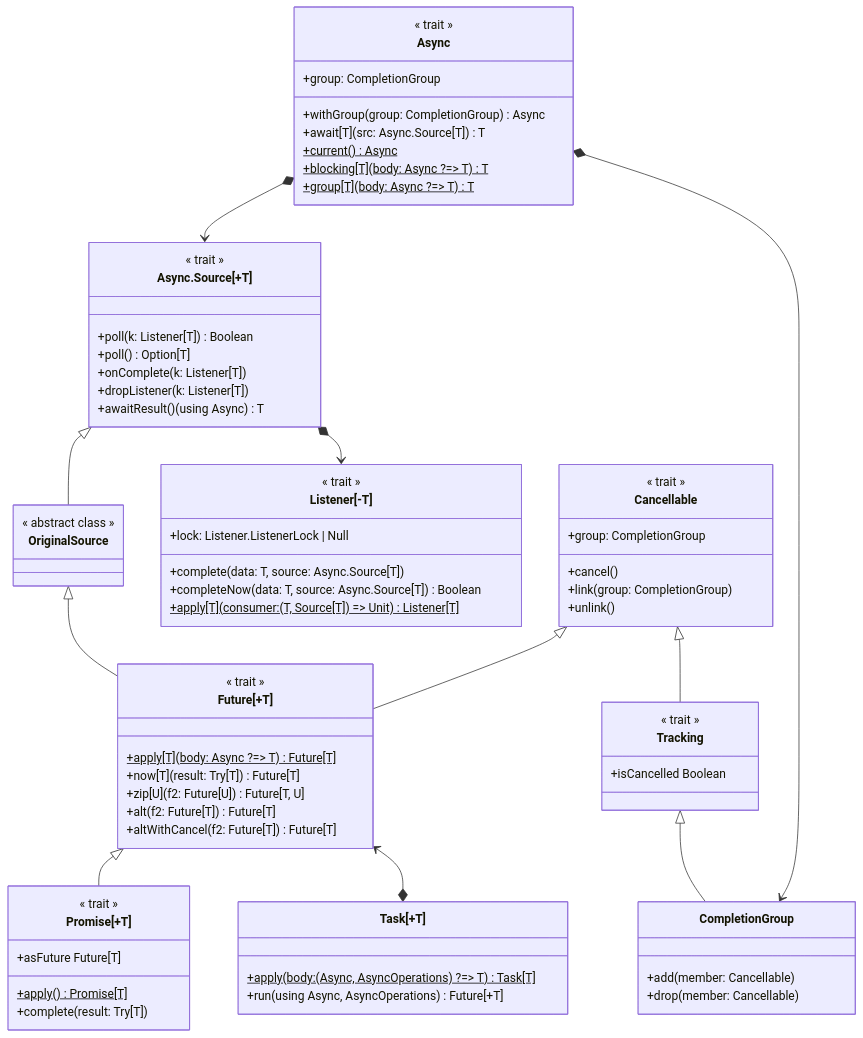
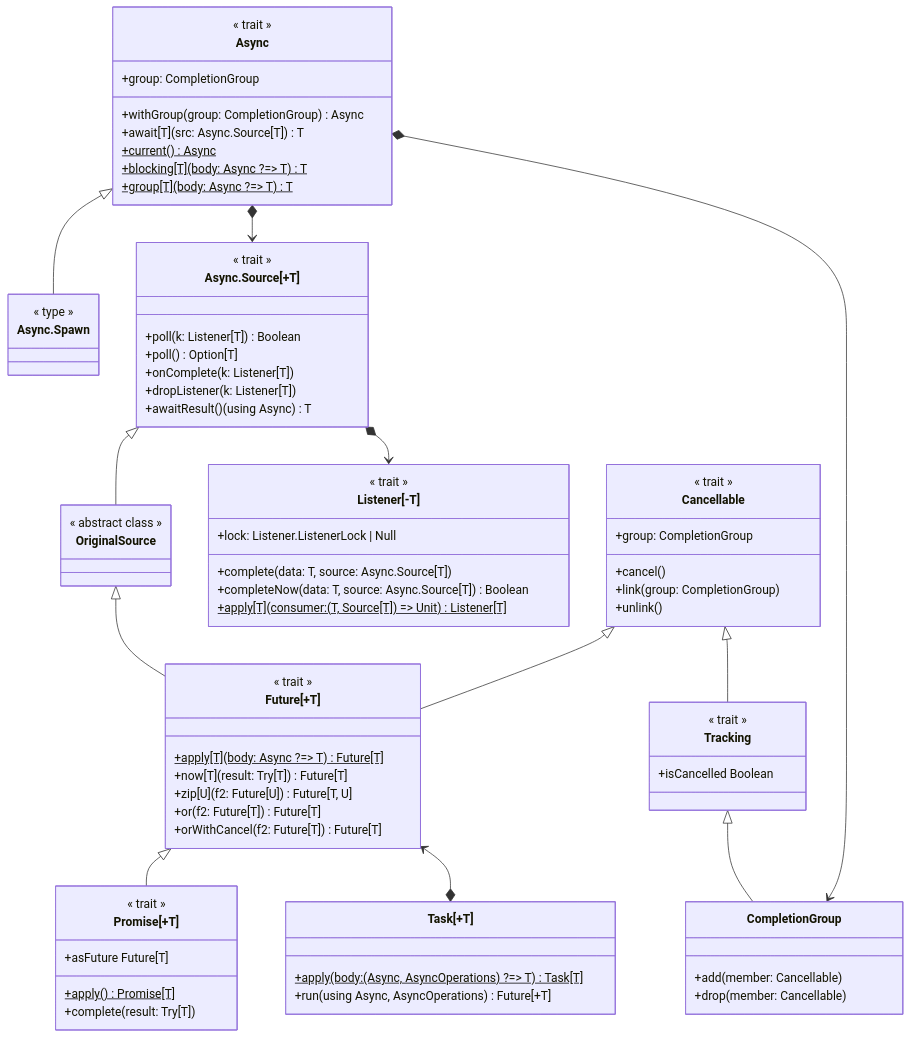
One commit to tassiluca/direct-style-experiments changed the diagram in docs/site/content/docs/03-basics.md. Above: the diagram before and after it, drawn with Mermaid. The commit also changed other lines of this file and 6 other files, not shown here.

```diff
--- a/docs/site/content/docs/03-basics.md
+++ b/docs/site/content/docs/03-basics.md
@@ -224,6 +241,11 @@
     +blocking[T](body: Async ?=> T) T$
     +group[T](body: Async ?=> T) T$
   }
+
+  class `Async.Spawn` {
+    << type >>
+  }
+  Async <|-- `Async.Spawn`
 
   class `Async.Source[+T]` {
     << trait >>
@@ -256,8 +278,8 @@
     +apply[T](body: Async ?=> T) Future[T]$
     +now[T](result: Try[T]) Future[T]
     +zip[U](f2: Future[U]) Future[T, U]
-    +alt(f2: Future[T]) Future[T]
-    +altWithCancel(f2: Future[T]) Future[T]
+    +or(f2: Future[T]) Future[T]
+    +orWithCancel(f2: Future[T]) Future[T]
   }
   class `Promise[+T]` {
     << trait >>
```
